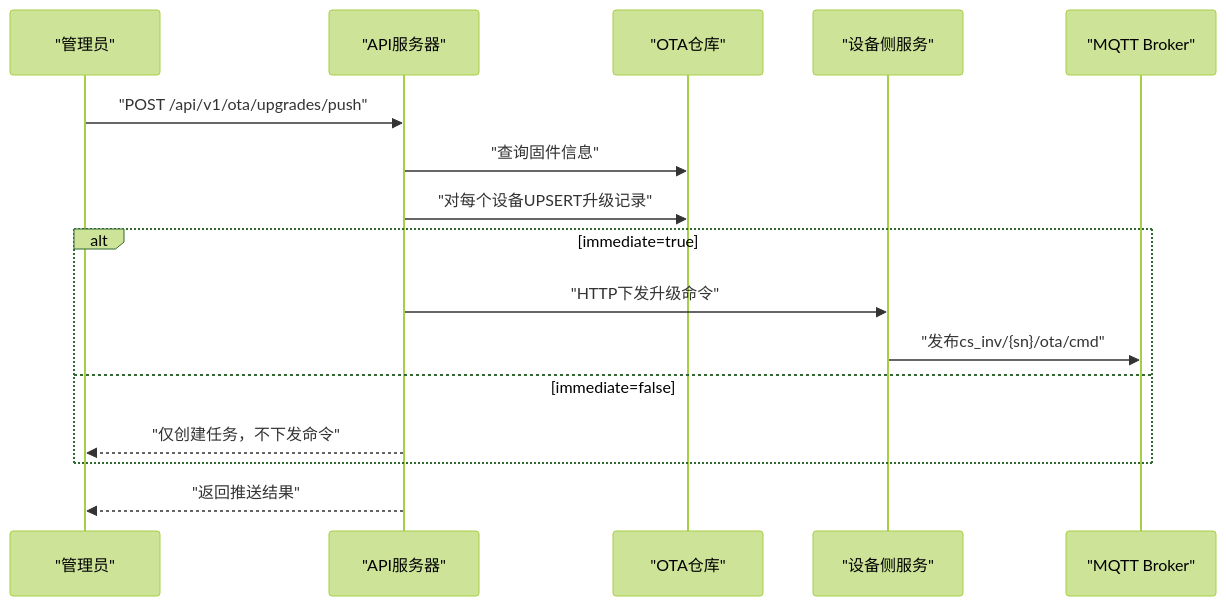
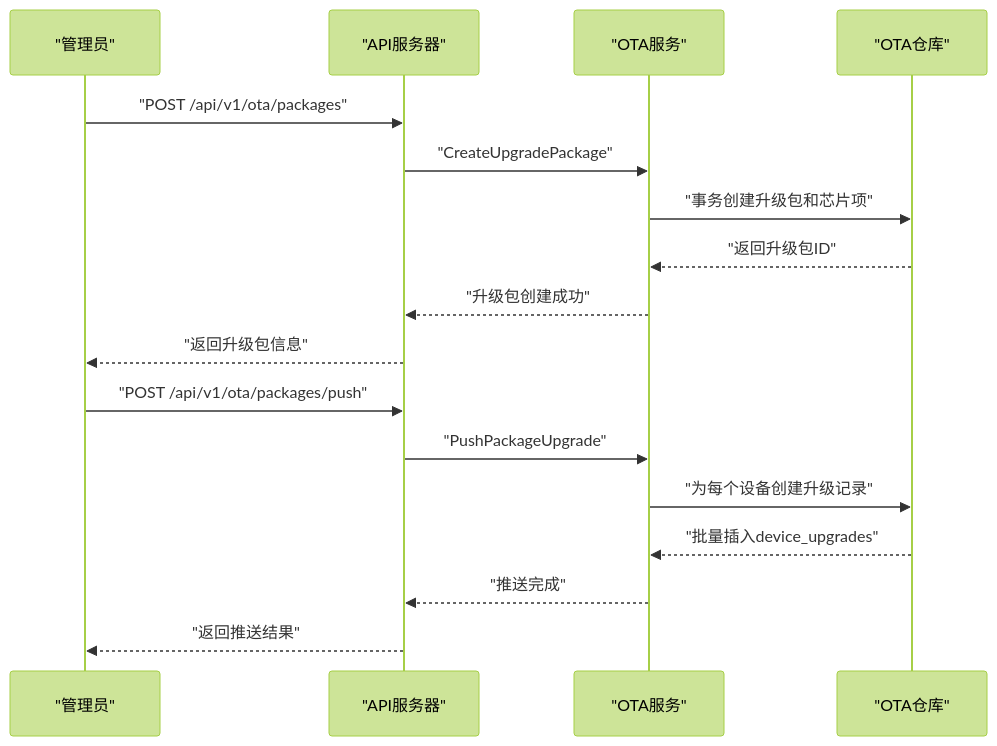
One commit to mcmrzy/cs_inv_monitor-develop changed the fourth of 12 diagrams in .qoder/repowiki/zh/content/API参考文档/OTA升级API.md. Above: the diagram before and after it, drawn with Mermaid (forest theme). The commit also changed other lines of this file and 28 other files, not shown here.

````diff
--- a/.qoder/repowiki/zh/content/API参考文档/OTA升级API.md
+++ b/.qoder/repowiki/zh/content/API参考文档/OTA升级API.md
@@ -182,18 +187,19 @@
 ```mermaid
 sequenceDiagram
 participant Admin as "管理员"
 participant API as "API服务器"
+participant Service as "OTA服务"
 participant Repo as "OTA仓库"
-participant DevSvc as "设备侧服务"
-participant MQTT as "MQTT Broker"
-Admin->>API : "POST /api/v1/ota/upgrades/push"
-API->>Repo : "查询固件信息"
-API->>Repo : "对每个设备UPSERT升级记录"
-alt immediate=true
-API->>DevSvc : "HTTP下发升级命令"
-DevSvc->>MQTT : "发布cs_inv/{sn}/ota/cmd"
-else immediate=false
-API-->>Admin : "仅创建任务，不下发命令"
-end
+Admin->>API : "POST /api/v1/ota/packages"
+API->>Service : "CreateUpgradePackage"
+Service->>Repo : "事务创建升级包和芯片项"
+Repo-->>Service : "返回升级包ID"
+Service-->>API : "升级包创建成功"
+API-->>Admin : "返回升级包信息"
+Admin->>API : "POST /api/v1/ota/packages/push"
+API->>Service : "PushPackageUpgrade"
+Service->>Repo : "为每个设备创建升级记录"
+Repo-->>Service : "批量插入device_upgrades"
+Service-->>API : "推送完成"
 API-->>Admin : "返回推送结果"
 ```
````
